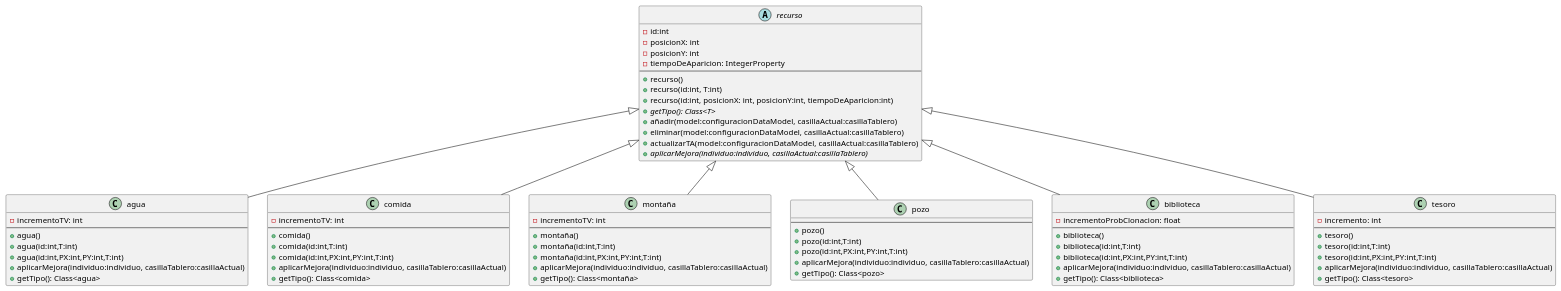
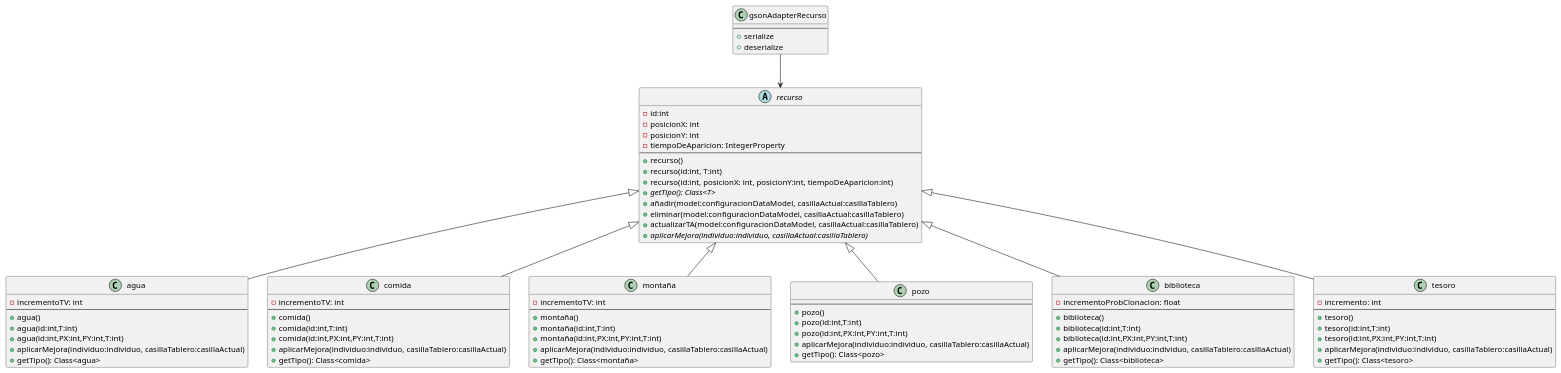
The diagram in UML/Recursos.puml (jeivees/PracticaFinal), drawn with PlantUML before and after one commit. The commit also changed 3 other files, not shown here.

Commit message:
UML actualizado

```diff
--- a/UML/Recursos.puml
+++ b/UML/Recursos.puml
@@ -1,72 +1,78 @@
 @startuml
 'https://plantuml.com/use-case-diagram
 
 abstract class recurso{
     - id:int
     - posicionX: int
     - posicionY: int
     - tiempoDeAparicion: IntegerProperty
     --
     + recurso()
     + recurso(id:int, T:int)
     + recurso(id:int, posicionX: int, posicionY:int, tiempoDeAparicion:int)
     + {abstract} getTipo(): Class<T>
     + añadir(model:configuracionDataModel, casillaActual:casillaTablero)
     + eliminar(model:configuracionDataModel, casillaActual:casillaTablero)
     + actualizarTA(model:configuracionDataModel, casillaActual:casillaTablero)
     + {abstract} aplicarMejora(individuo:individuo, casillaActual:casillaTablero)
     }
 class agua extends recurso{
     - incrementoTV: int
     --
     + agua()
     + agua(id:int,T:int)
     + agua(id:int,PX:int,PY:int,T:int)
     + aplicarMejora(individuo:individuo, casillaTablero:casillaActual)
     + getTipo(): Class<agua>
     }
 class comida extends recurso{
     - incrementoTV: int
     --
     + comida()
     + comida(id:int,T:int)
     + comida(id:int,PX:int,PY:int,T:int)
     + aplicarMejora(individuo:individuo, casillaTablero:casillaActual)
     + getTipo(): Class<comida>
     }
 class montaña extends recurso{
     - incrementoTV: int
     --
     + montaña()
     + montaña(id:int,T:int)
     + montaña(id:int,PX:int,PY:int,T:int)
     + aplicarMejora(individuo:individuo, casillaTablero:casillaActual)
     + getTipo(): Class<montaña>
     }
 class pozo extends recurso{
     --
     + pozo()
     + pozo(id:int,T:int)
     + pozo(id:int,PX:int,PY:int,T:int)
     + aplicarMejora(individuo:individuo, casillaTablero:casillaActual)
     + getTipo(): Class<pozo>
     }
 class biblioteca extends recurso{
     - incrementoProbClonacion: float
     --
     + biblioteca()
     + biblioteca(id:int,T:int)
     + biblioteca(id:int,PX:int,PY:int,T:int)
     + aplicarMejora(individuo:individuo, casillaTablero:casillaActual)
     + getTipo(): Class<biblioteca>
     }
 class tesoro extends recurso{
     - incremento: int
     --
     + tesoro()
     + tesoro(id:int,T:int)
     + tesoro(id:int,PX:int,PY:int,T:int)
     + aplicarMejora(individuo:individuo, casillaTablero:casillaActual)
     + getTipo(): Class<tesoro>
     }
+class gsonAdapterRecurso{
+    --
+    +serialize
+    +deserialize
+}
+gsonAdapterRecurso-->recurso
 @enduml
```
